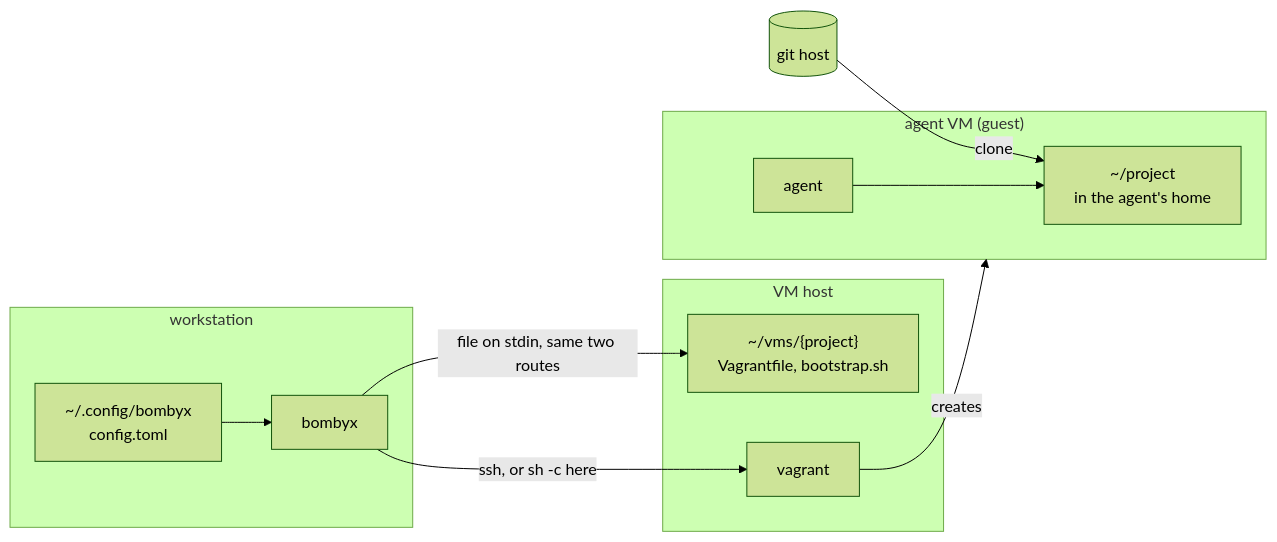
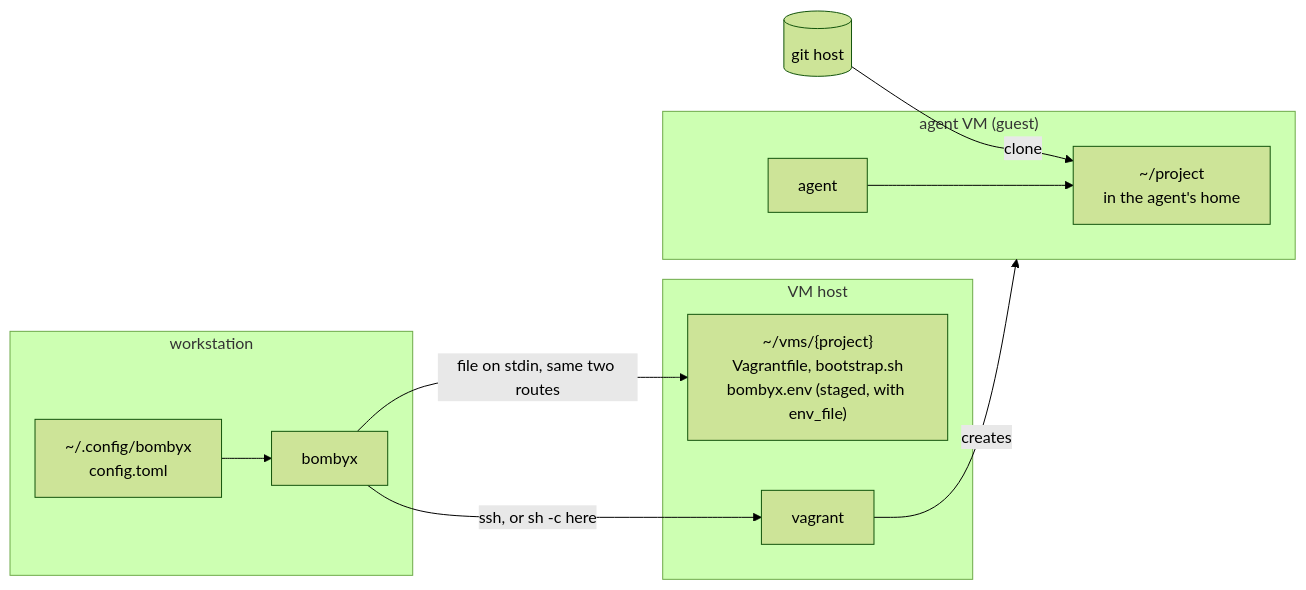
The first of 6 diagrams in docs/architecture.md (breki/bombyx), drawn with Mermaid (forest theme) before and after one commit. The commit also changed other lines of this file and 23 other files, not shown here.

````diff
--- a/docs/architecture.md
+++ b/docs/architecture.md
@@ -10,26 +10,26 @@
 ```mermaid
 flowchart LR
   subgraph ws["workstation"]
     reg["~/.config/bombyx<br/>config.toml"]
     cli["bombyx"]
   end
 
   subgraph host["VM host"]
-    dir["~/vms/{project}<br/>Vagrantfile, bootstrap.sh"]
+    dir["~/vms/{project}<br/>Vagrantfile, bootstrap.sh<br/>bombyx.env (staged, with env_file)"]
     vg["vagrant"]
   end
 
   subgraph guest["agent VM (guest)"]
     clone["~/project<br/>in the agent's home"]
     agent["agent"]
   end
 
   git[("git host")]
 
   reg --> cli
   cli -- "ssh, or sh -c here" --> vg
   cli -- "file on stdin, same two routes" --> dir
   vg -- creates --> guest
   git -- clone --> clone
   agent --> clone
 ```
````
